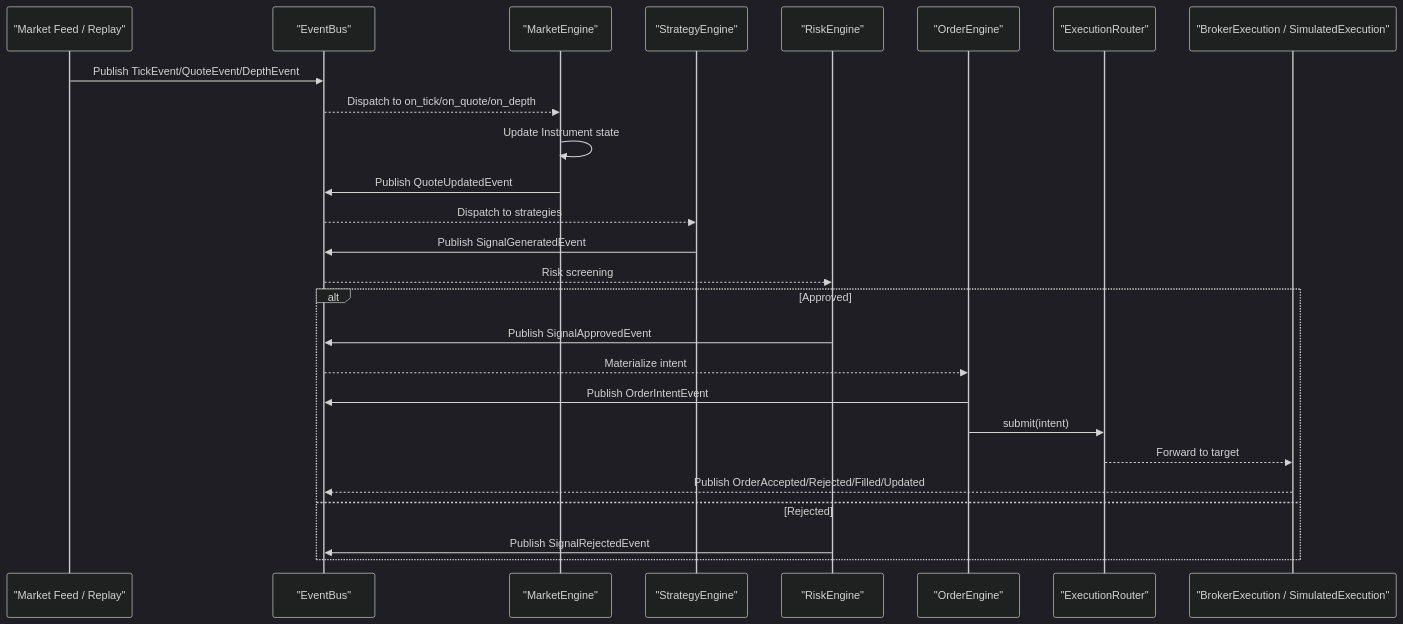
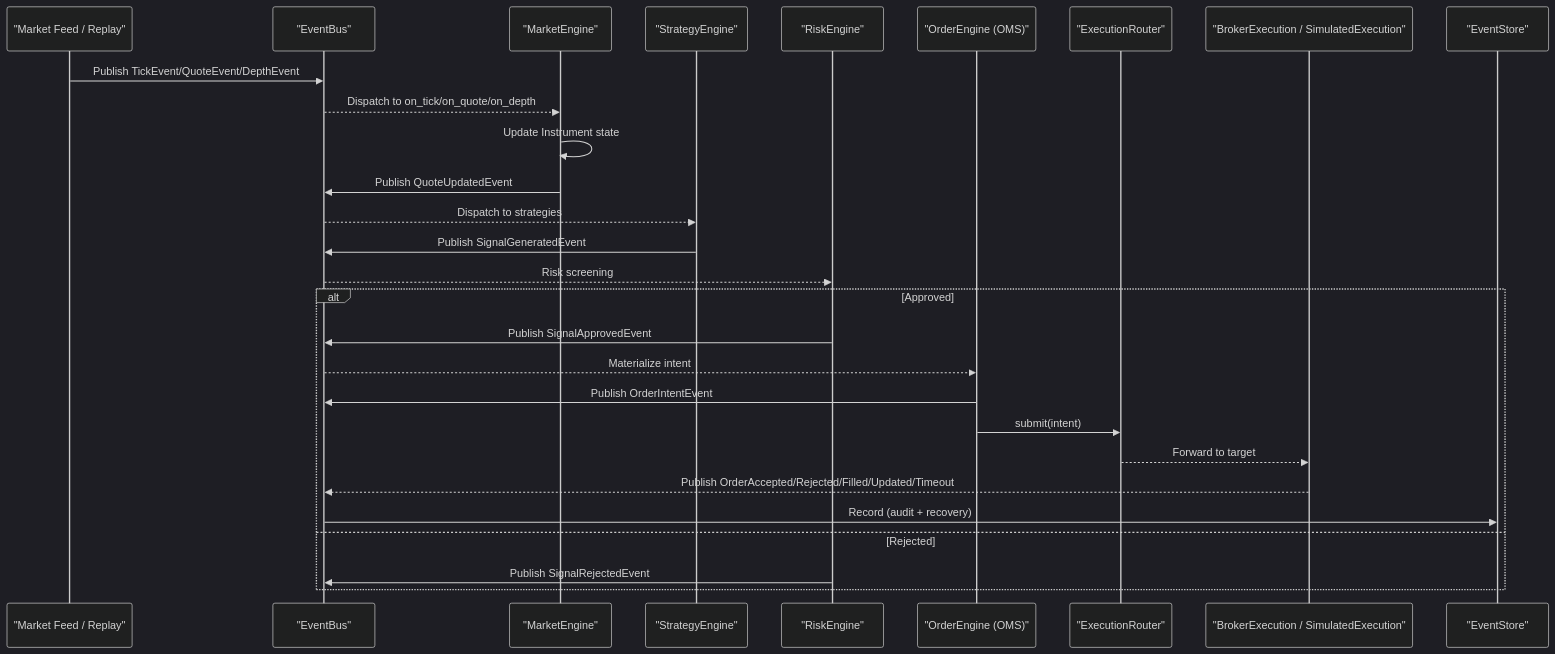
Before and after one commit to Ganesh-Kusundal/nTrade: the second of 8 diagrams in .qoder/repowiki/en/content/Architecture Overview/Event-Driven Trading Kernel/Event-Driven Trading Kernel.md, drawn with Mermaid (dark theme). The commit also changed other lines of this file and 2201 other files, not shown here.

Commit message:
Integrate completeness: live runner hardening, broker adapter layers, rate-limiting infrastructure, data pipeline (parquet OHLCV + ingestion scripts), contract testing framework, options analytics, and updated architecture/knowledge docs

````diff
--- a/.qoder/repowiki/en/content/Architecture Overview/Event-Driven Trading Kernel/Event-Driven Trading Kernel.md
+++ b/.qoder/repowiki/en/content/Architecture Overview/Event-Driven Trading Kernel/Event-Driven Trading Kernel.md
@@ -146,28 +174,30 @@
 ```mermaid
 sequenceDiagram
 participant Source as "Market Feed / Replay"
 participant Bus as "EventBus"
 participant ME as "MarketEngine"
 participant SE as "StrategyEngine"
 participant RE as "RiskEngine"
-participant OE as "OrderEngine"
+participant OE as "OrderEngine (OMS)"
 participant Router as "ExecutionRouter"
 participant Exec as "BrokerExecution / SimulatedExecution"
+participant Store as "EventStore"
 Source->>Bus : Publish TickEvent/QuoteEvent/DepthEvent
 Bus-->>ME : Dispatch to on_tick/on_quote/on_depth
 ME->>ME : Update Instrument state
 ME->>Bus : Publish QuoteUpdatedEvent
 Bus-->>SE : Dispatch to strategies
 SE->>Bus : Publish SignalGeneratedEvent
 Bus-->>RE : Risk screening
 alt Approved
 RE->>Bus : Publish SignalApprovedEvent
 Bus-->>OE : Materialize intent
 OE->>Bus : Publish OrderIntentEvent
 OE->>Router : submit(intent)
 Router-->>Exec : Forward to target
-Exec-->>Bus : Publish OrderAccepted/Rejected/Filled/Updated
+Exec-->>Bus : Publish OrderAccepted/Rejected/Filled/Updated/Timeout
+Bus->>Store : Record (audit + recovery)
 else Rejected
 RE->>Bus : Publish SignalRejectedEvent
 end
 ```
````
